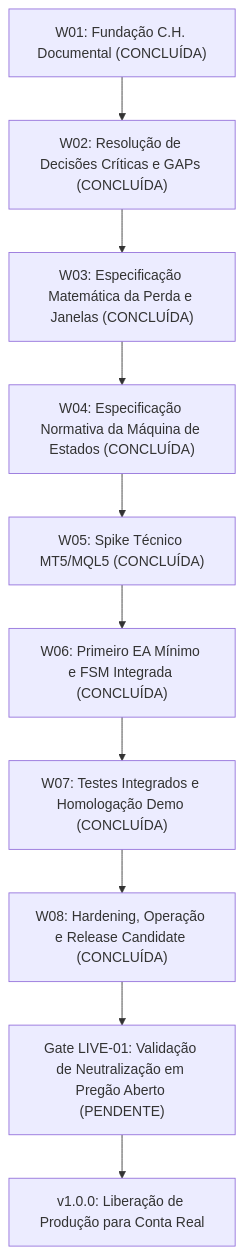
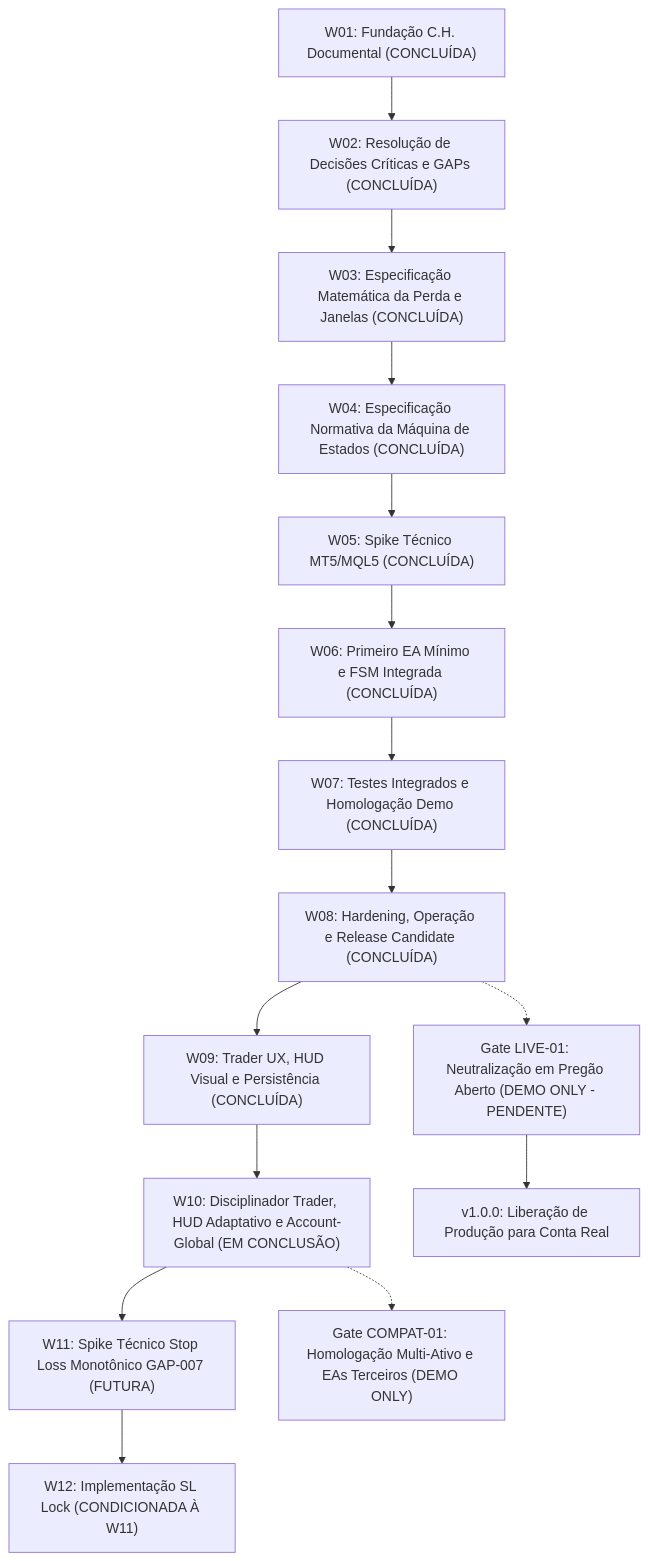
One commit to hallanbrito/eddytrader changed the diagram in docs/09-ROADMAP.md. Above: the diagram before and after it, drawn with Mermaid. The commit also changed other lines of this file and 18 other files, not shown here.

Commit message:
feat: establish Disciplinador Trader account-global foundation and adaptive hud

````diff
--- a/docs/09-ROADMAP.md
+++ b/docs/09-ROADMAP.md
@@ -9,12 +9,17 @@
 ```mermaid
 flowchart TD
     W01["W01: Fundação C.H. Documental (CONCLUÍDA)"] --> W02["W02: Resolução de Decisões Críticas e GAPs (CONCLUÍDA)"]
     W02 --> W03["W03: Especificação Matemática da Perda e Janelas (CONCLUÍDA)"]
     W03 --> W04["W04: Especificação Normativa da Máquina de Estados (CONCLUÍDA)"]
     W04 --> W05["W05: Spike Técnico MT5/MQL5 (CONCLUÍDA)"]
     W05 --> W06["W06: Primeiro EA Mínimo e FSM Integrada (CONCLUÍDA)"]
     W06 --> W07["W07: Testes Integrados e Homologação Demo (CONCLUÍDA)"]
     W07 --> W08["W08: Hardening, Operação e Release Candidate (CONCLUÍDA)"]
-    W08 --> LIVE01["Gate LIVE-01: Validação de Neutralização em Pregão Aberto (PENDENTE)"]
+    W08 --> W09["W09: Trader UX, HUD Visual e Persistência (CONCLUÍDA)"]
+    W09 --> W10["W10: Disciplinador Trader, HUD Adaptativo e Account-Global (EM CONCLUSÃO)"]
+    W10 --> W11["W11: Spike Técnico Stop Loss Monotônico GAP-007 (FUTURA)"]
+    W11 --> W12["W12: Implementação SL Lock (CONDICIONADA À W11)"]
+    W10 -.-> COMPAT01["Gate COMPAT-01: Homologação Multi-Ativo e EAs Terceiros (DEMO ONLY)"]
+    W08 -.-> LIVE01["Gate LIVE-01: Neutralização em Pregão Aberto (DEMO ONLY - PENDENTE)"]
     LIVE01 --> V10["v1.0.0: Liberação de Produção para Conta Real"]
 ```
````
